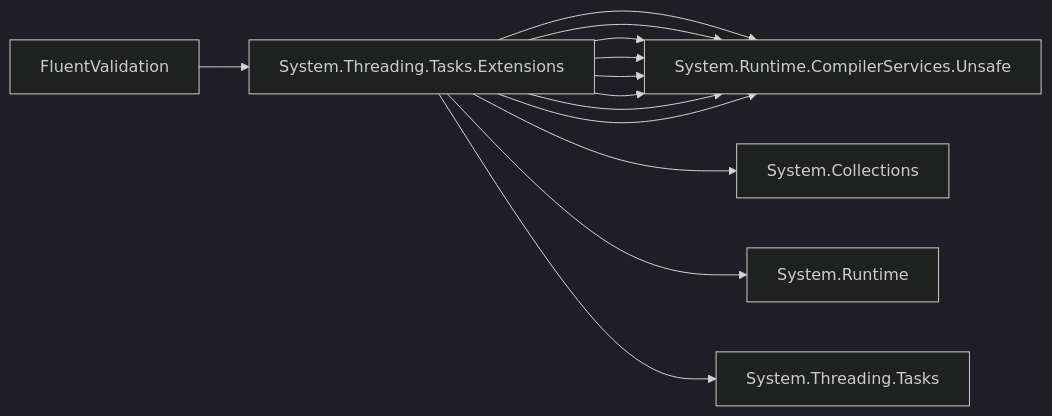
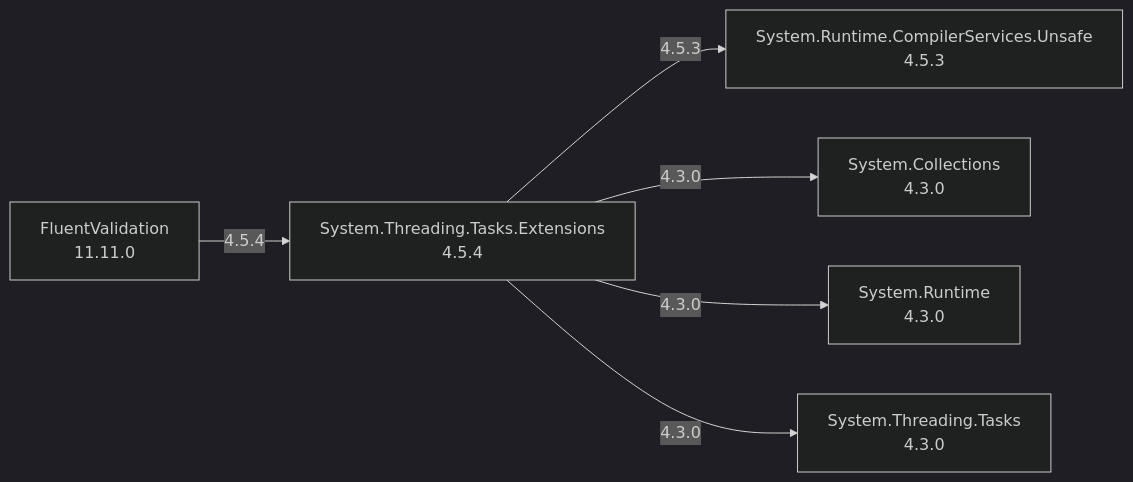
The diagram in examples/visualizations/real/fluentvalidation_11_11_0.mmd (liluar/config-management-practice-2), drawn with Mermaid (dark theme) before and after one commit. The commit also changed 18 other files, not shown here.

```diff
--- a/examples/visualizations/real/fluentvalidation_11_11_0.mmd
+++ b/examples/visualizations/real/fluentvalidation_11_11_0.mmd
@@ -1,19 +1,12 @@
 flowchart LR
-    N0["FluentValidation"]
-    N1["System.Threading.Tasks.Extensions"]
-    N2["System.Runtime.CompilerServices.Unsafe"]
-    N3["System.Collections"]
-    N4["System.Runtime"]
-    N5["System.Threading.Tasks"]
-    N0 --> N1
-    N1 --> N2
-    N1 --> N2
-    N1 --> N3
-    N1 --> N4
-    N1 --> N2
-    N1 --> N5
-    N1 --> N2
-    N1 --> N2
-    N1 --> N2
-    N1 --> N2
-    N1 --> N2
+    N0["FluentValidation<br/>11.11.0"]
+    N1["System.Threading.Tasks.Extensions<br/>4.5.4"]
+    N2["System.Runtime.CompilerServices.Unsafe<br/>4.5.3"]
+    N3["System.Collections<br/>4.3.0"]
+    N4["System.Runtime<br/>4.3.0"]
+    N5["System.Threading.Tasks<br/>4.3.0"]
+    N0 -->|4.5.4| N1
+    N1 -->|4.5.3| N2
+    N1 -->|4.3.0| N3
+    N1 -->|4.3.0| N4
+    N1 -->|4.3.0| N5
```
